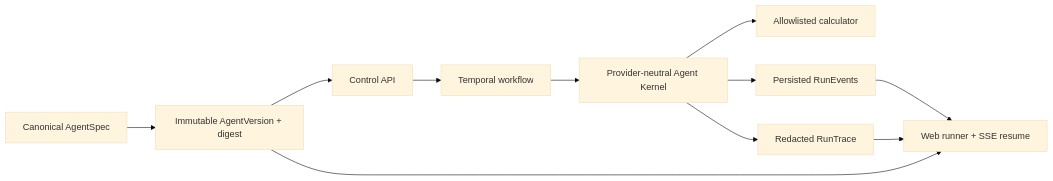
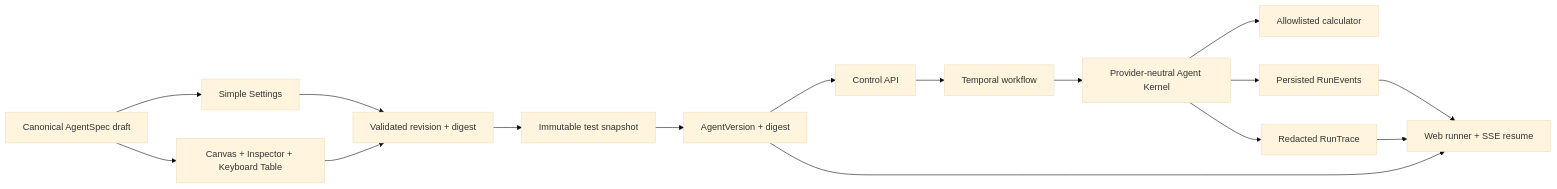
Before and after one commit to Strongf-bob/universal-agent-studio: the diagram in README.md, drawn with Mermaid (base theme). The commit also changed other lines of this file and 9 other files, not shown here.

````diff
--- a/README.md
+++ b/README.md
@@ -76,13 +87,18 @@
 ```mermaid
 flowchart LR
-    Spec["Canonical AgentSpec"] --> Version["Immutable AgentVersion + digest"]
+    Spec["Canonical AgentSpec draft"] --> Simple["Simple Settings"]
+    Spec --> Graph["Canvas + Inspector + Keyboard Table"]
+    Simple --> Save["Validated revision + digest"]
+    Graph --> Save
+    Save --> Snapshot["Immutable test snapshot"]
+    Snapshot --> Version["AgentVersion + digest"]
     Version --> API["Control API"]
     API --> Temporal["Temporal workflow"]
     Temporal --> Kernel["Provider-neutral Agent Kernel"]
     Kernel --> Tool["Allowlisted calculator"]
     Kernel --> Events["Persisted RunEvents"]
     Kernel --> Trace["Redacted RunTrace"]
     Events --> Web["Web runner + SSE resume"]
     Trace --> Web
     Version --> Web
 ```
````
